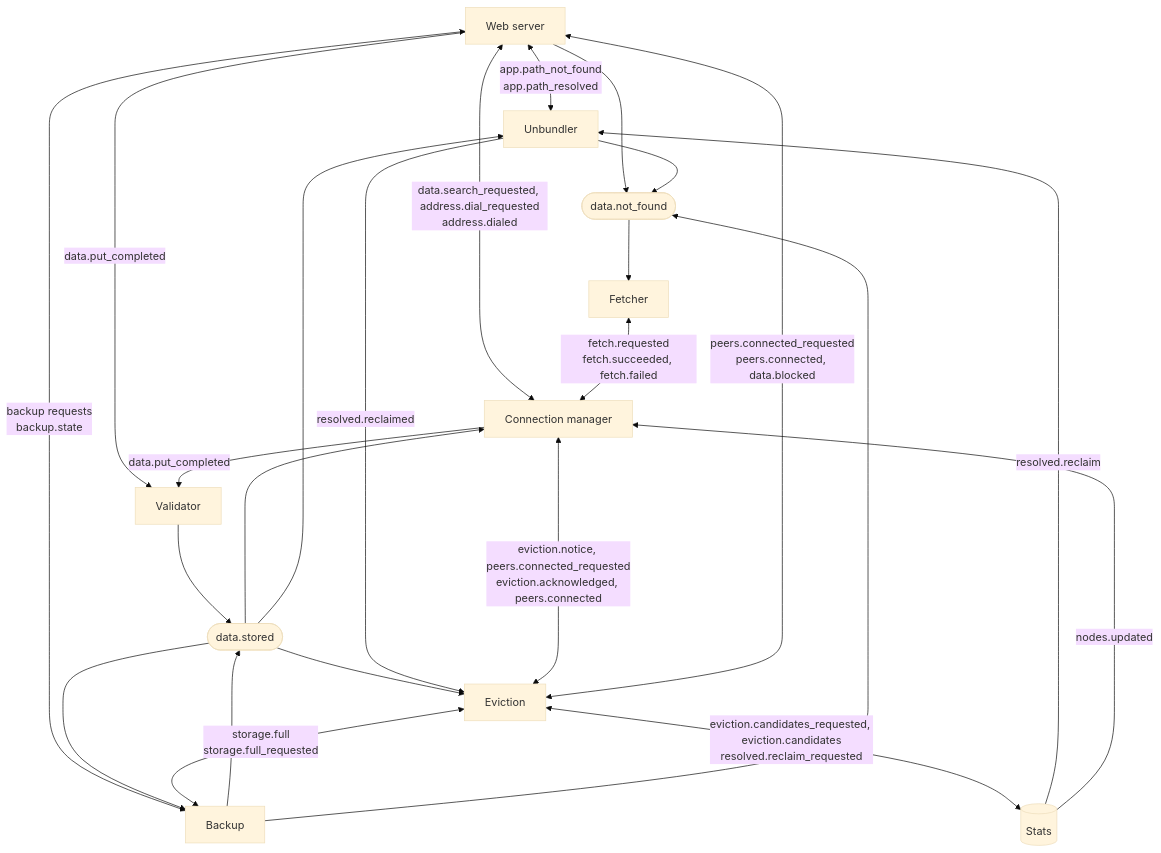
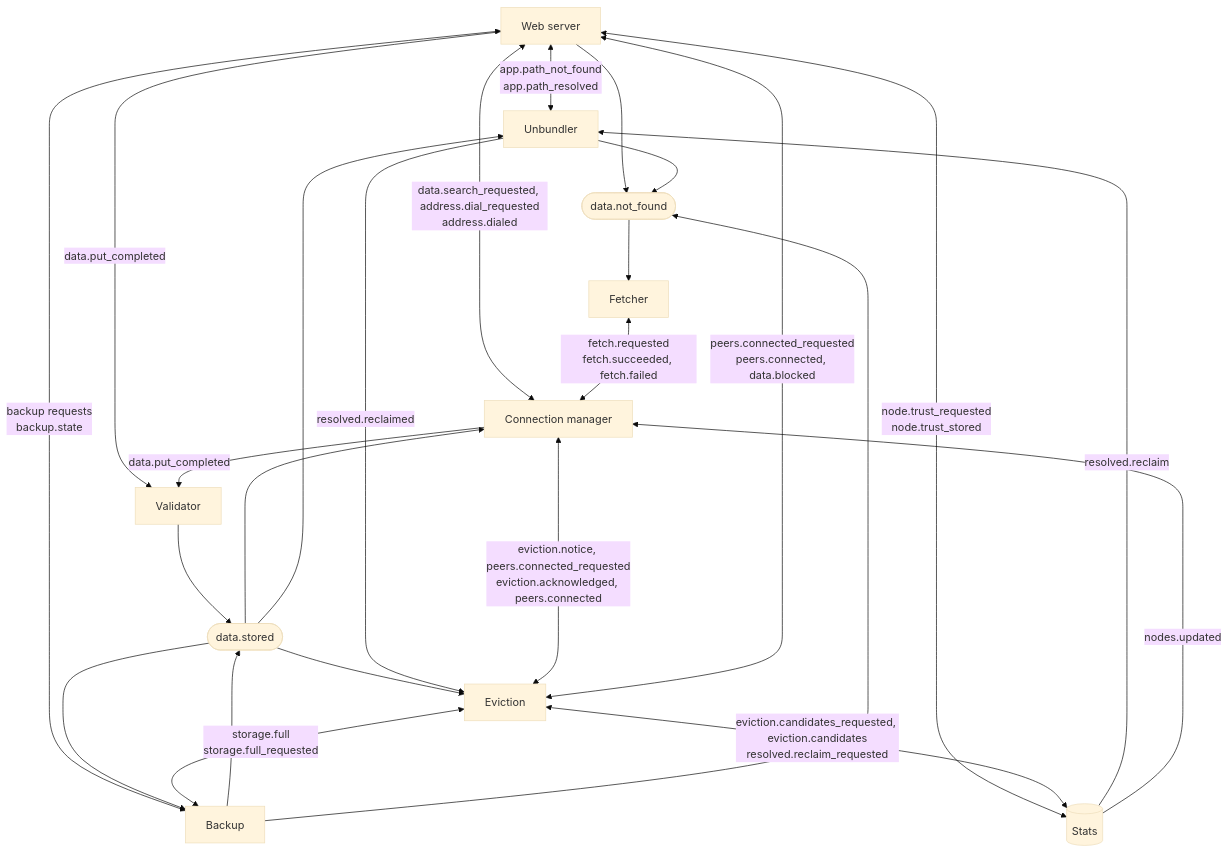
One commit to marcpage/libranet changed the eighth of 13 diagrams in docs/implementation/Module System.md. Above: the diagram before and after it, drawn with Mermaid (base theme). The commit also changed other lines of this file and 17 other files, not shown here.

````diff
--- a/docs/implementation/Module System.md
+++ b/docs/implementation/Module System.md
@@ -982,37 +994,38 @@
 ```mermaid
 flowchart TB
     web["Web server"]
     unb["Unbundler"]
     backup["Backup"]
     val["Validator"]
     fetch["Fetcher"]
     conn["Connection manager"]
     evict["Eviction"]
     stats[("Stats")]
     stored(["data.stored"])
     missing(["data.not_found"])
 
     web <-->|"app.path_not_found<br/>app.path_resolved"| unb
     web <-->|"backup requests<br/>backup.state"| backup
     web -->|"data.put_completed"| val
     web <-->|"data.search_requested, address.dial_requested<br/>address.dialed"| conn
+    web <-->|"node.trust_requested<br/>node.trust_stored"| stats
     conn -->|"data.put_completed"| val
     val --> stored
     backup --> stored
     stored --> conn
     stored --> evict
     stored --> backup
     stored --> unb
     web --> missing
     unb --> missing
     backup --> missing
     missing --> fetch
     fetch <-->|"fetch.requested<br/>fetch.succeeded, fetch.failed"| conn
     evict <-->|"eviction.notice, peers.connected_requested<br/>eviction.acknowledged, peers.connected"| conn
     evict <-->|"peers.connected_requested<br/>peers.connected, data.blocked"| web
     evict <-->|"storage.full<br/>storage.full_requested"| backup
     evict <-->|"eviction.candidates_requested, eviction.candidates<br/>resolved.reclaim_requested"| stats
     stats -->|"resolved.reclaim"| unb
     unb -->|"resolved.reclaimed"| evict
     stats -->|"nodes.updated"| conn
 ```
````
